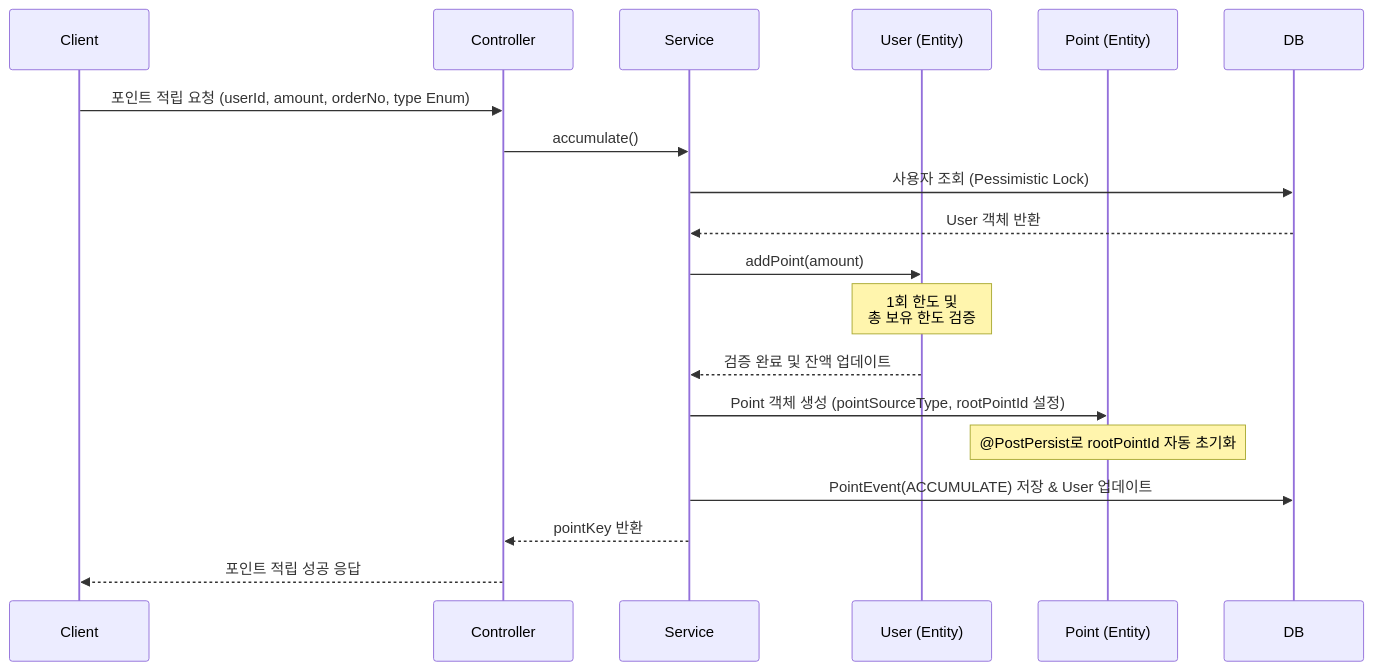
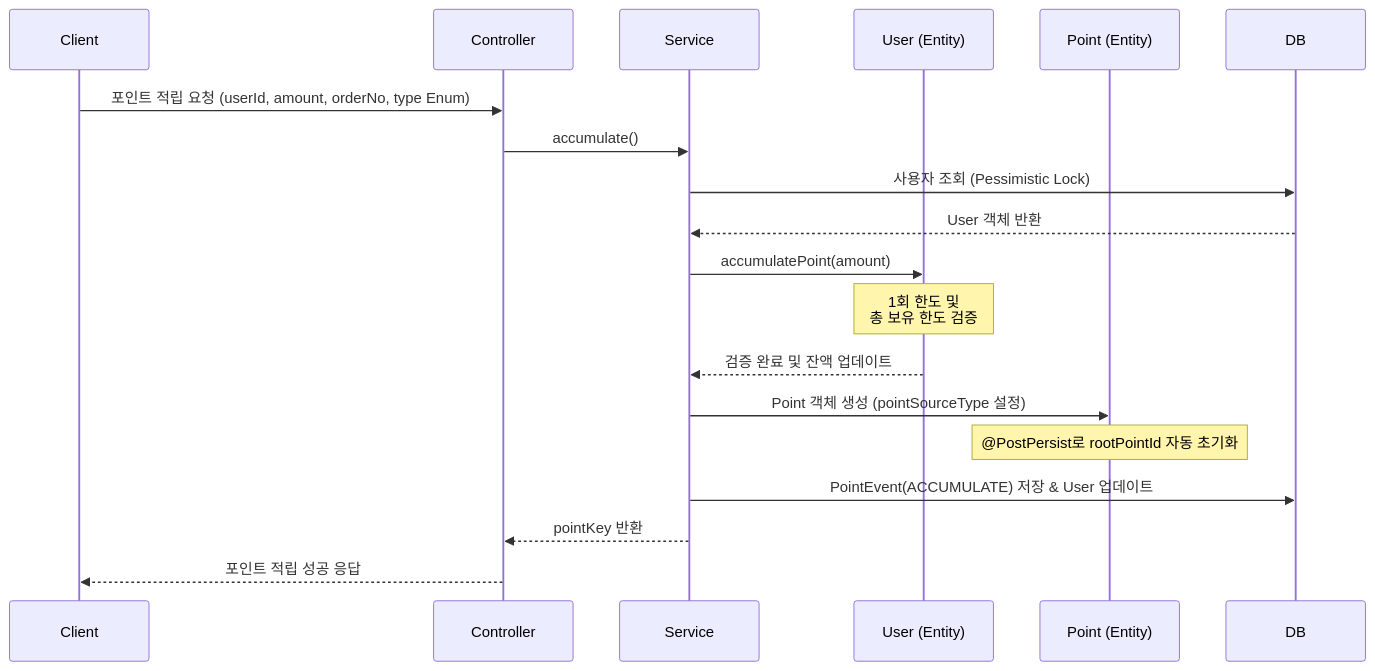
Before and after one commit to muzzaiwork/point: the first of 5 diagrams in README.md, drawn with Mermaid. The commit also changed other lines of this file and 1 other file, not shown here.

Commit message:
포인트 적립 API 문서 정리 (pointSourceType, accumulatePoint, pointEventType 반영)

````diff
--- a/README.md
+++ b/README.md
@@ -149,22 +149,22 @@
 ```mermaid
 sequenceDiagram
     participant Client
     participant Controller
     participant Service
     participant UserEntity as User (Entity)
     participant PointEntity as Point (Entity)
     participant DB
 
     Client->>Controller: 포인트 적립 요청 (userId, amount, orderNo, type Enum)
     Controller->>Service: accumulate()
     Service->>DB: 사용자 조회 (Pessimistic Lock)
     DB-->>Service: User 객체 반환
-    Service->>UserEntity: addPoint(amount)
+    Service->>UserEntity: accumulatePoint(amount)
     Note over UserEntity: 1회 한도 및<br/>총 보유 한도 검증
     UserEntity-->>Service: 검증 완료 및 잔액 업데이트
-    Service->>PointEntity: Point 객체 생성 (pointSourceType, rootPointId 설정)
+    Service->>PointEntity: Point 객체 생성 (pointSourceType 설정)
     Note over PointEntity: @PostPersist로 rootPointId 자동 초기화
     Service->>DB: PointEvent(ACCUMULATE) 저장 & User 업데이트
     Service-->>Controller: pointKey 반환
     Controller-->>Client: 포인트 적립 성공 응답
 ```
````
